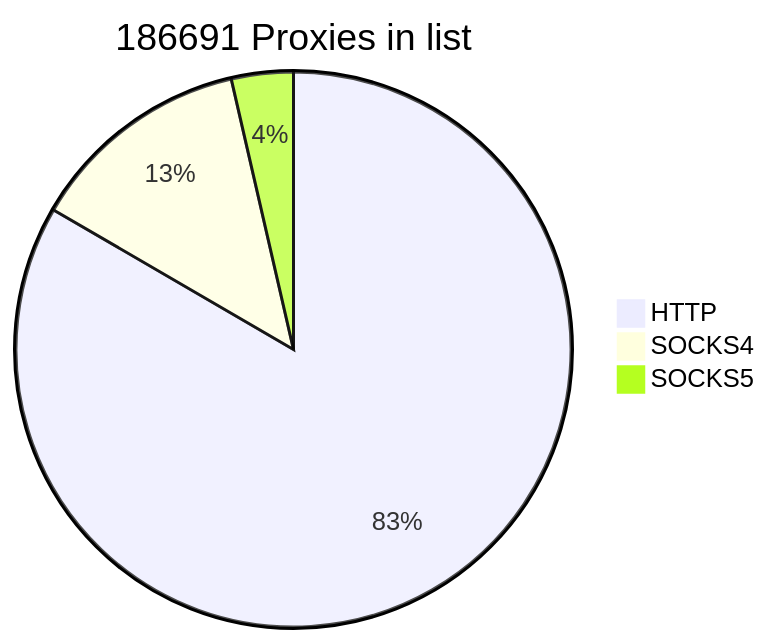
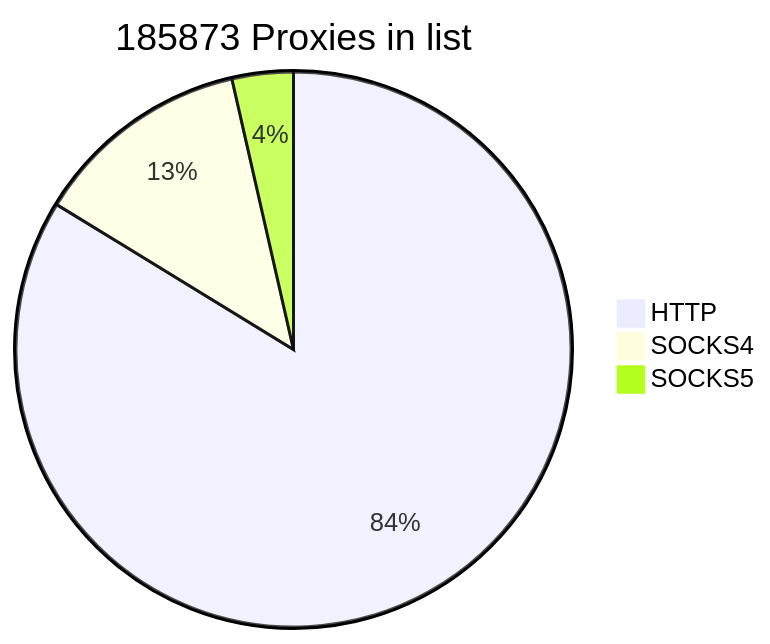
Before and after one commit to cutipu/proxylist: the first of 2 diagrams in README.md, drawn with Mermaid. The commit also changed other lines of this file, not shown here.

````diff
--- a/README.md
+++ b/README.md
@@ -2,7 +2,7 @@
 ```mermaid
-pie title 186691 Proxies in list
-    "HTTP" : 155676
-    "SOCKS4" : 24296
-    "SOCKS5" : 6719
+pie title 185873 Proxies in list
+    "HTTP" : 155651
+    "SOCKS4" : 23599
+    "SOCKS5" : 6623
             
 ```
````
